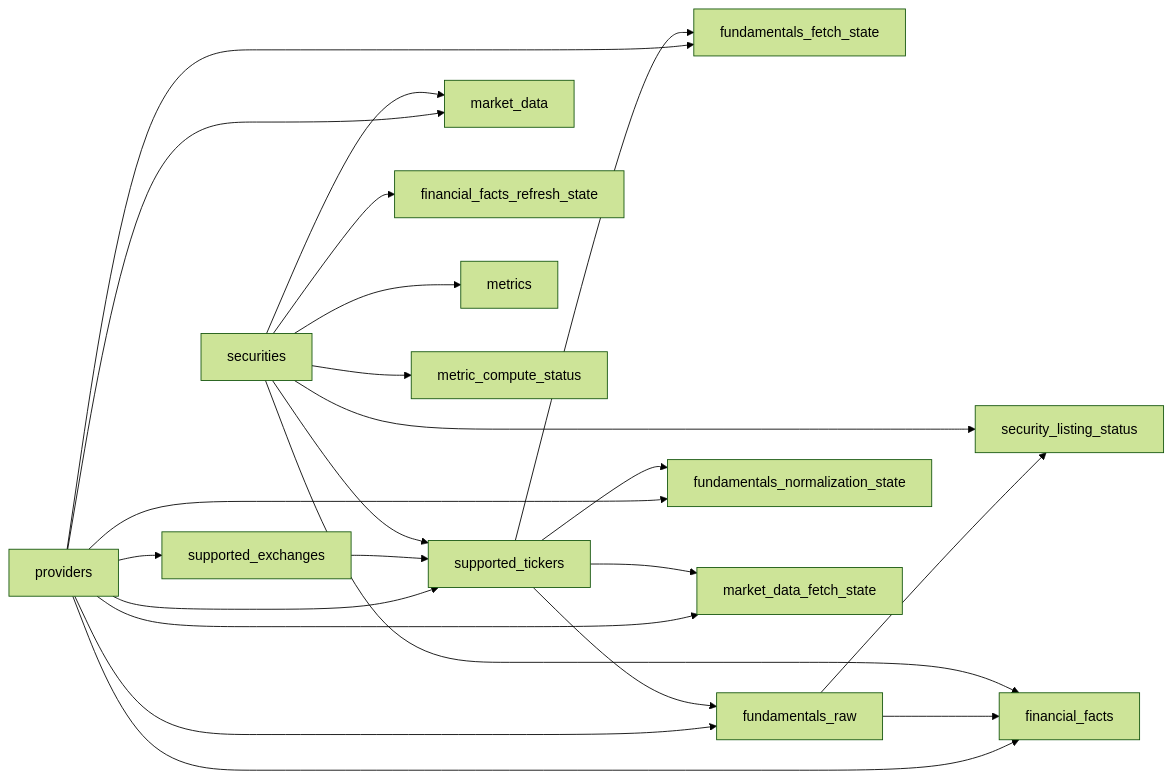
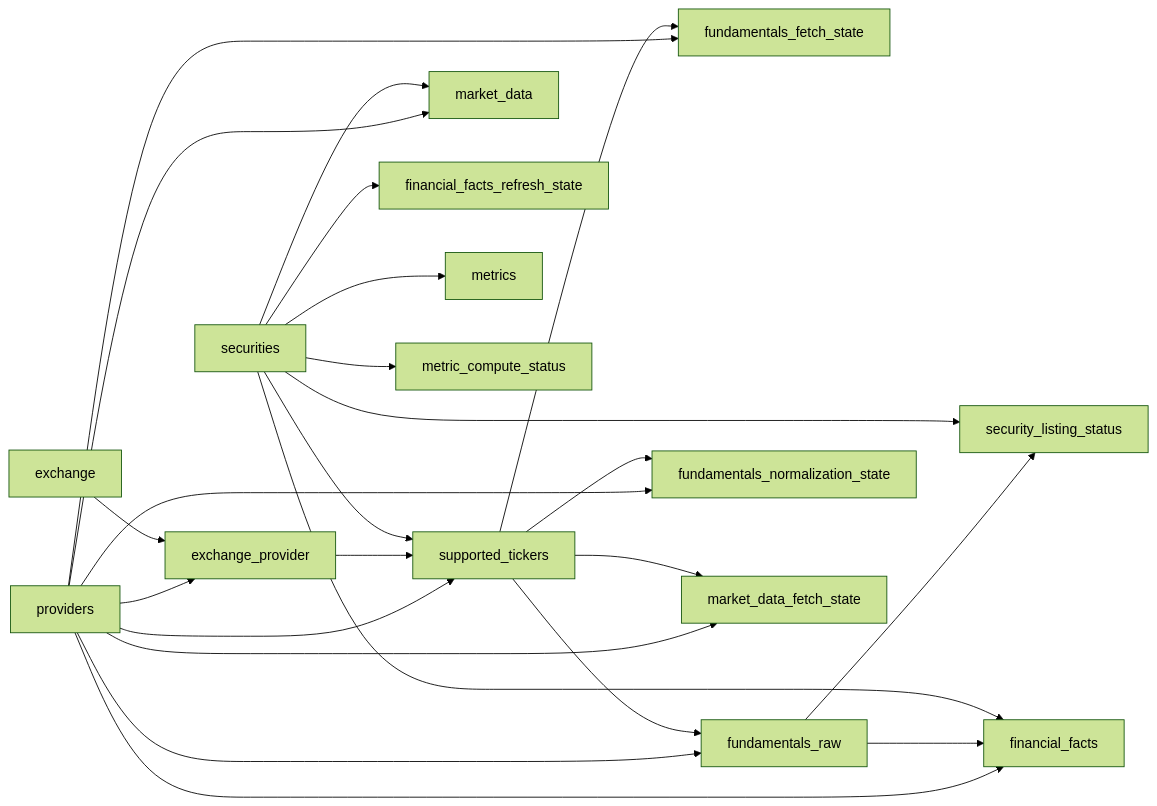
Before and after one commit to emretezel/pyvalue: the first of 2 diagrams in docs/architecture/database/relationships.md, drawn with Mermaid (forest theme). The commit also changed other lines of this file and 36 other files, not shown here.

````diff
--- a/docs/architecture/database/relationships.md
+++ b/docs/architecture/database/relationships.md
@@ -7,25 +7,26 @@
 ```mermaid
 flowchart LR
-    providers --> supported_exchanges
+    providers --> exchange_provider
+    exchange --> exchange_provider
     providers --> supported_tickers
     providers --> fundamentals_fetch_state
     providers --> fundamentals_raw
     providers --> fundamentals_normalization_state
     providers --> market_data_fetch_state
     providers --> financial_facts
     providers --> market_data
-    supported_exchanges --> supported_tickers
+    exchange_provider --> supported_tickers
     securities --> supported_tickers
     supported_tickers --> fundamentals_fetch_state
     supported_tickers --> fundamentals_raw
     supported_tickers --> fundamentals_normalization_state
     supported_tickers --> market_data_fetch_state
     fundamentals_raw --> security_listing_status
     securities --> security_listing_status
     fundamentals_raw --> financial_facts
     securities --> financial_facts
     securities --> financial_facts_refresh_state
     securities --> market_data
     securities --> metrics
     securities --> metric_compute_status
 ```
````
